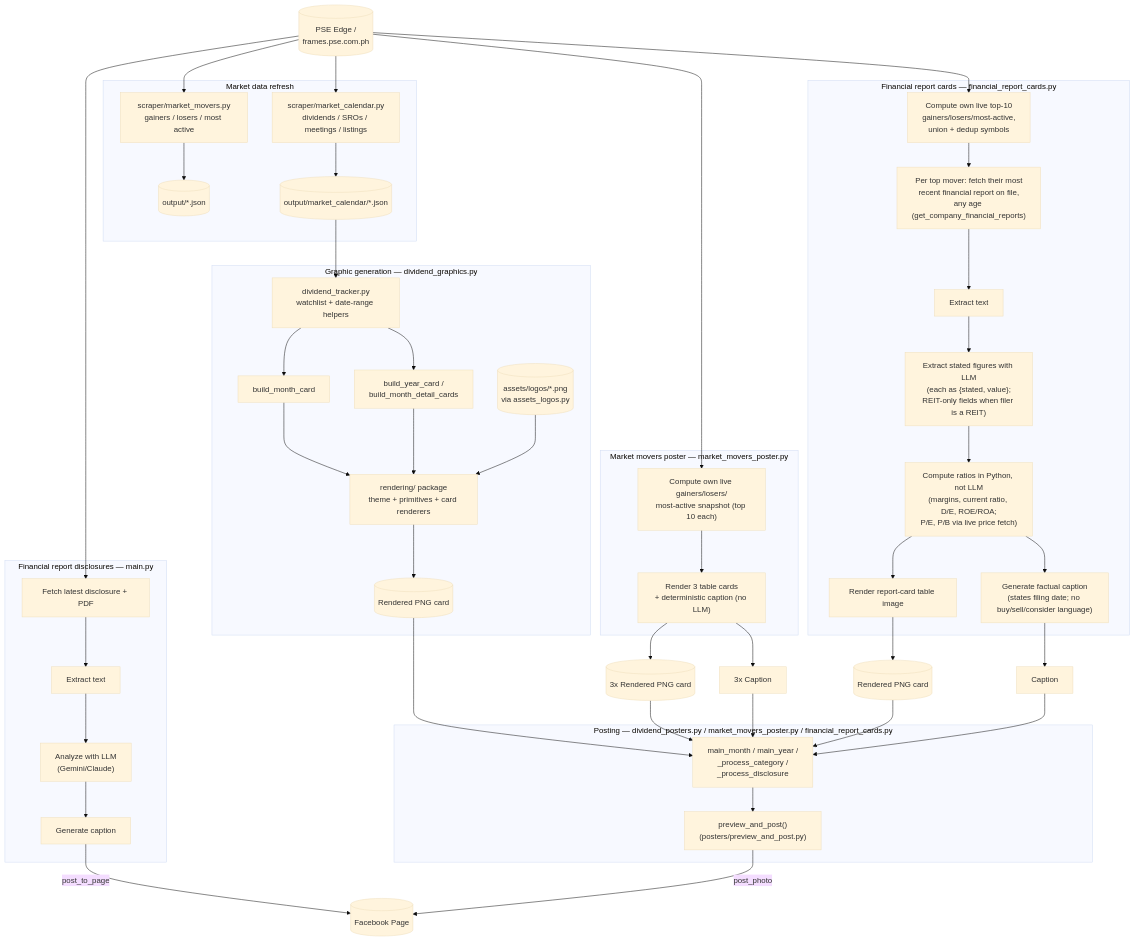
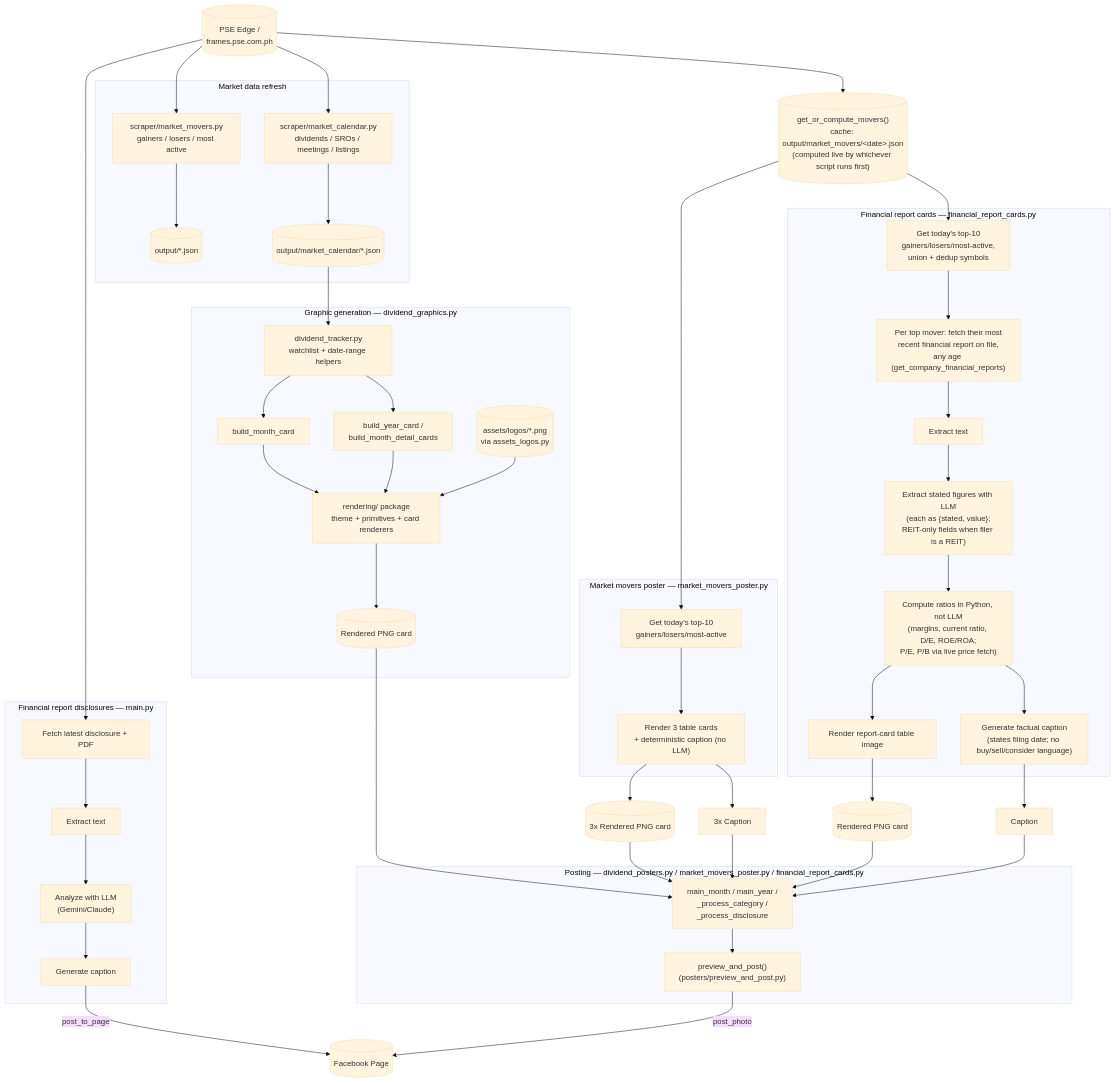
Before and after one commit to carljustineoyales/ai_financial_sns_page: the diagram in README.md, drawn with Mermaid (base theme). The commit also changed other lines of this file and 4 other files, not shown here.

First line of the commit message:
feat(market-movers): share one cached top-movers snapshot across posters

````diff
--- a/README.md
+++ b/README.md
@@ -71,77 +76,80 @@
 ```mermaid
 flowchart TD
     PSE[(PSE Edge /\nframes.pse.com.ph)]
 
     subgraph Disclosures["Financial report disclosures — main.py"]
         D1[Fetch latest disclosure + PDF]
         D2[Extract text]
         D3["Analyze with LLM\n(Gemini/Claude)"]
         D4[Generate caption]
         D1 --> D2 --> D3 --> D4
     end
     PSE --> D1
 
     subgraph MarketData["Market data refresh"]
         M1["scraper/market_movers.py\ngainers / losers / most active"]
         M2["scraper/market_calendar.py\ndividends / SROs / meetings / listings"]
         OUT1[(output/*.json)]
         OUT2[(output/market_calendar/*.json)]
         M1 --> OUT1
         M2 --> OUT2
     end
     PSE --> M1
     PSE --> M2
 
+    SHARED[("get_or_compute_movers()\ncache: output/market_movers/&lt;date&gt;.json\n(computed live by whichever script runs first)")]
+    PSE --> SHARED
+
     subgraph MoversPoster["Market movers poster — market_movers_poster.py"]
-        MP1["Compute own live gainers/losers/\nmost-active snapshot (top 10 each)"]
+        MP1["Get today's top-10\ngainers/losers/most-active"]
         MP2["Render 3 table cards\n+ deterministic caption (no LLM)"]
         MP1 --> MP2
     end
-    PSE --> MP1
+    SHARED --> MP1
     MP2 --> MPPNG[(3x Rendered PNG card)]
     MP2 --> MPCAP[3x Caption]
 
     subgraph ReitCards["Financial report cards — financial_report_cards.py"]
-        RC0["Compute own live top-10\ngainers/losers/most-active,\nunion + dedup symbols"]
+        RC0["Get today's top-10\ngainers/losers/most-active,\nunion + dedup symbols"]
         RC1["Per top mover: fetch their most\nrecent financial report on file,\nany age (get_company_financial_reports)"]
         RC2[Extract text]
         RC3["Extract stated figures with LLM\n(each as {stated, value};\nREIT-only fields when filer is a REIT)"]
         RC6["Compute ratios in Python, not LLM\n(margins, current ratio, D/E, ROE/ROA;\nP/E, P/B via live price fetch)"]
         RC4[Render report-card table image]
         RC5["Generate factual caption\n(states filing date; no buy/sell/consider language)"]
         RC0 --> RC1 --> RC2 --> RC3 --> RC6 --> RC4
         RC6 --> RC5
     end
-    PSE --> RC0
+    SHARED --> RC0
     RC4 --> RCPNG[(Rendered PNG card)]
     RC5 --> RCCAP[Caption]
 
     subgraph Graphics["Graphic generation — dividend_graphics.py"]
         WL["dividend_tracker.py\nwatchlist + date-range helpers"]
         G1[build_month_card]
         G2[build_year_card /\nbuild_month_detail_cards]
         R["rendering/ package\ntheme + primitives + card renderers"]
         LOGOS[(assets/logos/*.png\nvia assets_logos.py)]
         PNG[(Rendered PNG card)]
         WL --> G1 --> R
         WL --> G2 --> R
         LOGOS --> R
         R --> PNG
     end
     OUT2 --> WL
 
     subgraph Posting["Posting — dividend_posters.py / market_movers_poster.py / financial_report_cards.py"]
         P1[main_month / main_year /\n_process_category /\n_process_disclosure]
         P2["preview_and_post()\n(posters/preview_and_post.py)"]
         P1 --> P2
     end
     PNG --> P1
     MPPNG --> P1
     MPCAP --> P1
     RCPNG --> P1
     RCCAP --> P1
 
     FB[(Facebook Page)]
     D4 -- post_to_page --> FB
     P2 -- post_photo --> FB
 ```
````
